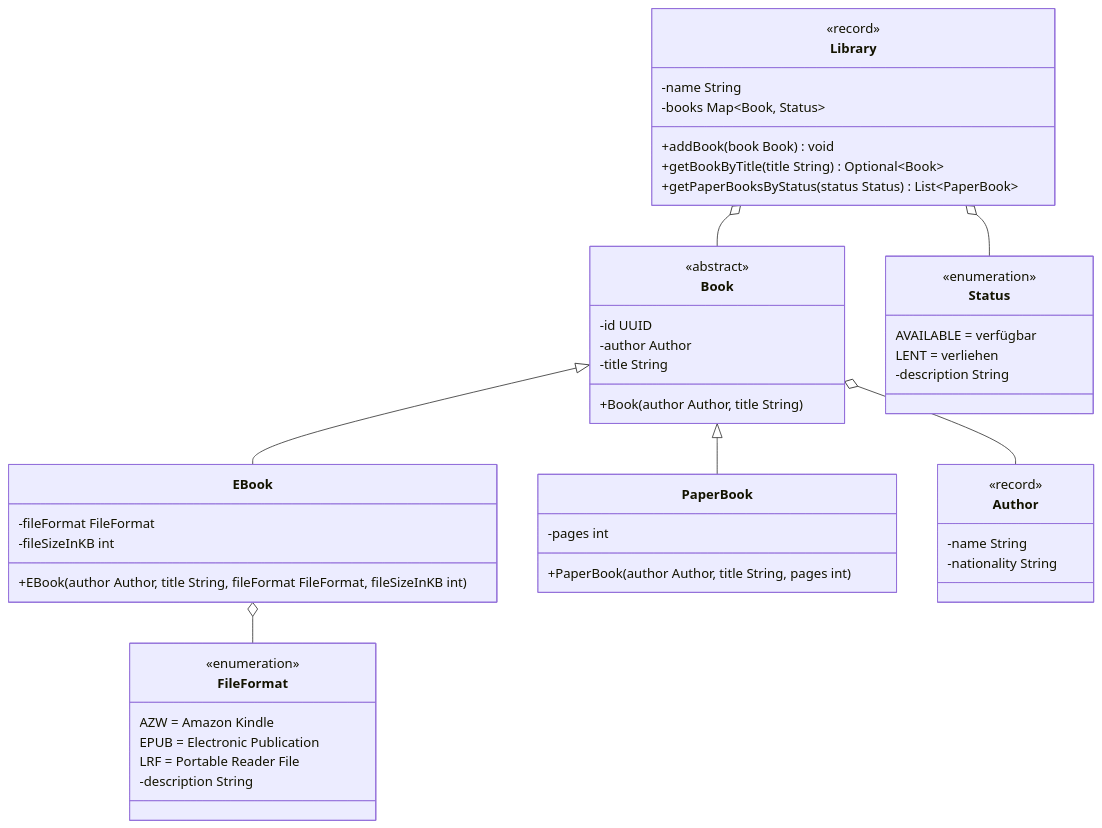
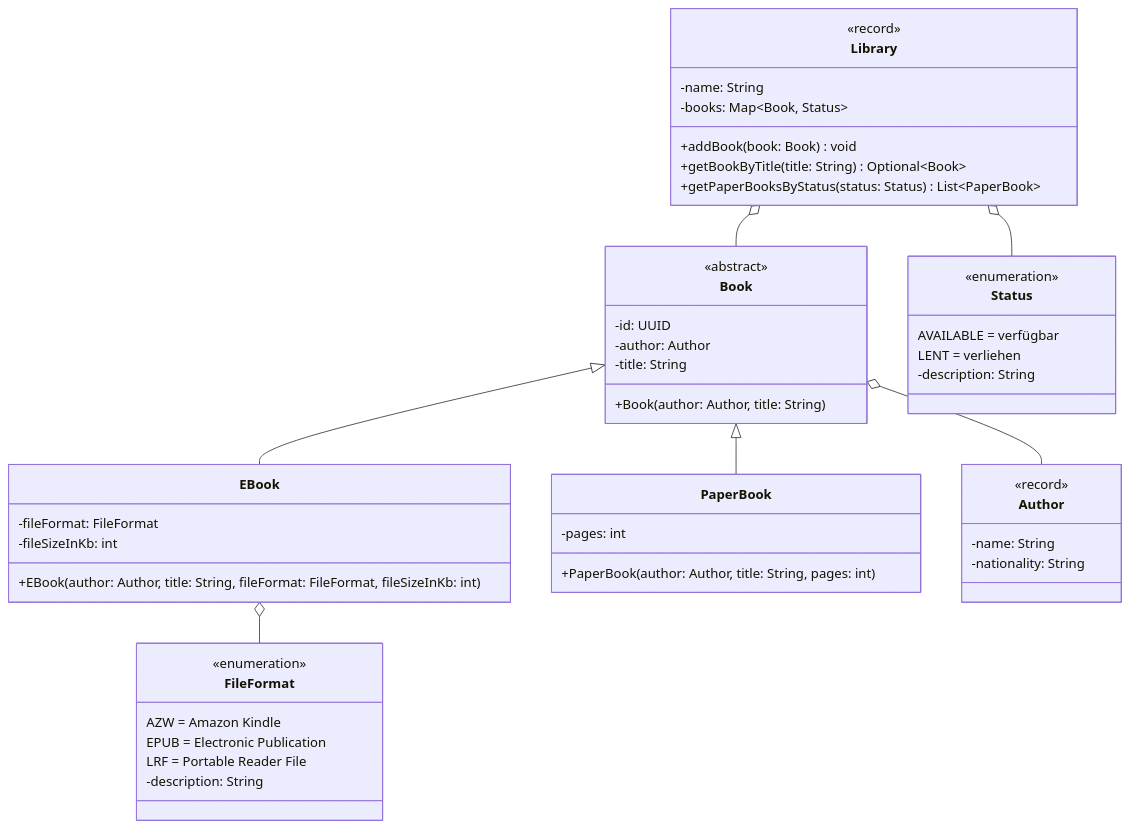
One commit to jappuccini/java-docs changed the diagram in docs/exam-exercises/exam-exercises-java2/library.md. Above: the diagram before and after it, drawn with Mermaid. The commit also changed other lines of this file and 76 other files, not shown here.

Commit message:
uml fixes (colons, properties), headline fixes (italic) and exam result updates

````diff
--- a/docs/exam-exercises/exam-exercises-java2/library.md
+++ b/docs/exam-exercises/exam-exercises-java2/library.md
@@ -12,58 +12,58 @@
 ```mermaid
 classDiagram
     Library o-- Book
     Library o-- Status
     Book <|-- EBook
     Book <|-- PaperBook
     Book o-- Author
     EBook o-- FileFormat
 
     class Library {
         <<record>>
-        -name String
-        -books Map~Book&sbquo; Status~
-        +addBook(book Book) void
-        +getBookByTitle(title String) Optional~Book~
-        +getPaperBooksByStatus(status Status) List~PaperBook~
+        -name: String
+        -books: Map~Book, Status~
+        +addBook(book: Book) void
+        +getBookByTitle(title: String) Optional~Book~
+        +getPaperBooksByStatus(status: Status) List~PaperBook~
     }
 
     class Status {
         <<enumeration>>
         AVAILABLE = verfügbar
         LENT = verliehen
-        -description String
+        -description: String
     }
 
     class Book {
         <<abstract>>
-        -id UUID
-        -author Author
-        -title String
-        +Book(author Author, title String)
+        -id: UUID
+        -author: Author
+        -title: String
+        +Book(author: Author, title: String)
     }
 
     class EBook {
-        -fileFormat FileFormat
-        -fileSizeInKB int
-        +EBook(author Author, title String, fileFormat FileFormat, fileSizeInKB int)
+        -fileFormat: FileFormat
+        -fileSizeInKb: int
+        +EBook(author: Author, title: String, fileFormat: FileFormat, fileSizeInKb: int)
     }
 
     class PaperBook {
-        -pages int
-        +PaperBook(author Author, title String, pages int)
+        -pages: int
+        +PaperBook(author: Author, title: String, pages: int)
     }
 
     class Author {
         <<record>>
-        -name String
-        -nationality String
+        -name: String
+        -nationality: String
     }
 
     class FileFormat {
         <<enumeration>>
         AZW = Amazon Kindle
         EPUB = Electronic Publication
         LRF = Portable Reader File
-        -description String
+        -description: String
     }
 ```
````
